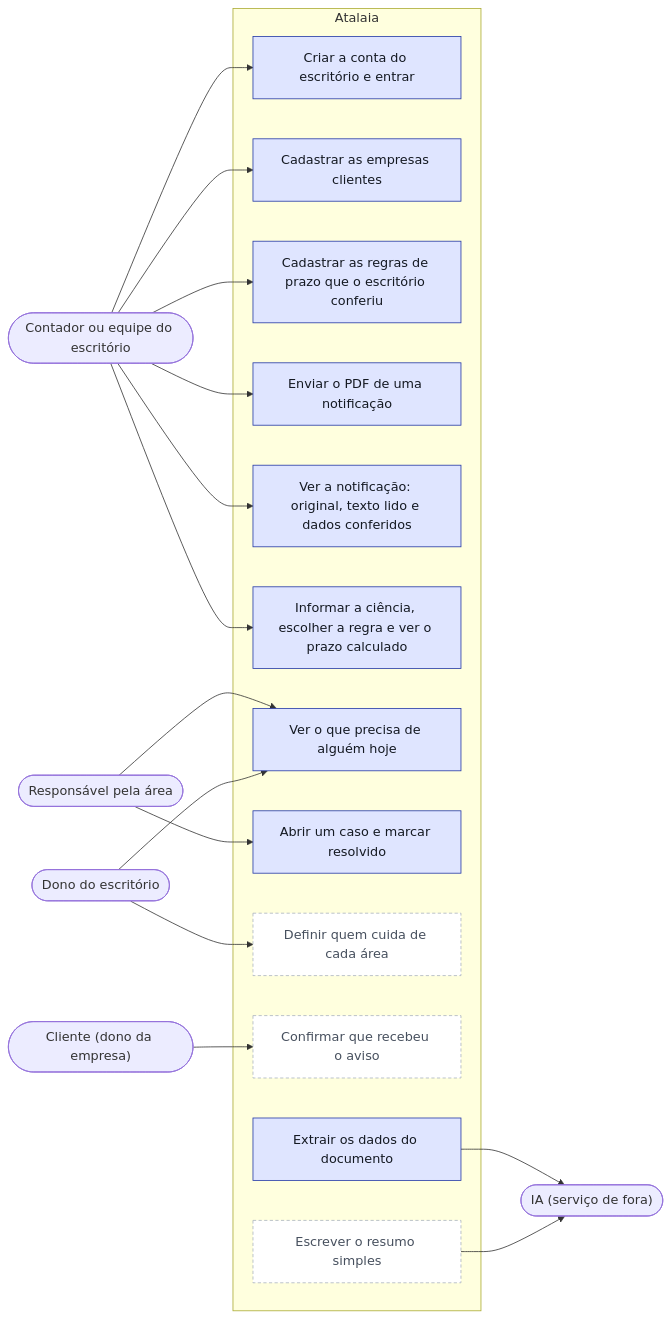
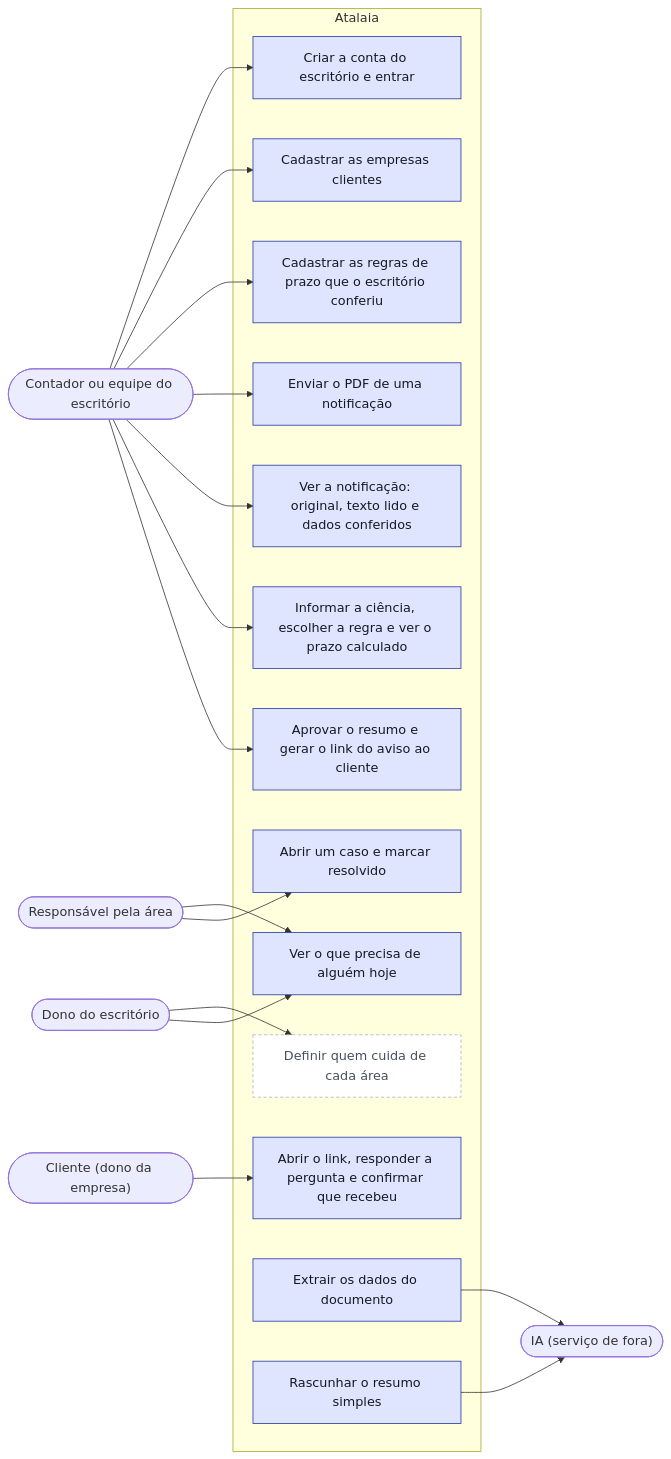
Before and after one commit to namtech-agents/atalaia: the first of 9 diagrams in docs/04-arquitetura/arquitetura.md, drawn with Mermaid. The commit also changed other lines of this file and 1 other file, not shown here.

Commit message:
docs: arquitetura e README com o aviso ao cliente, o resumo sugerido e as migrações V9 e V10

````diff
--- a/docs/04-arquitetura/arquitetura.md
+++ b/docs/04-arquitetura/arquitetura.md
@@ -15,42 +15,44 @@
 ```mermaid
 flowchart LR
     contador(["Contador ou equipe do escritório"])
     responsavel(["Responsável pela área"])
     dono(["Dono do escritório"])
     cliente(["Cliente (dono da empresa)"])
     ia(["IA (serviço de fora)"])
 
     subgraph Atalaia
         conta["Criar a conta do escritório e entrar"]
         empresas["Cadastrar as empresas clientes"]
         regras["Cadastrar as regras de prazo que o escritório conferiu"]
         enviar["Enviar o PDF de uma notificação"]
         ver["Ver a notificação: original, texto lido e dados conferidos"]
         conferir["Informar a ciência, escolher a regra e ver o prazo calculado"]
         fila["Ver o que precisa de alguém hoje"]
         resolver["Abrir um caso e marcar resolvido"]
         areas["Definir quem cuida de cada área"]
-        ciencia["Confirmar que recebeu o aviso"]
+        avisar["Aprovar o resumo e gerar o link do aviso ao cliente"]
+        ciencia["Abrir o link, responder a pergunta e confirmar que recebeu"]
         extrair["Extrair os dados do documento"]
-        resumo["Escrever o resumo simples"]
+        resumo["Rascunhar o resumo simples"]
     end
 
     contador --> conta
     contador --> empresas
     contador --> regras
     contador --> enviar
     contador --> ver
     contador --> conferir
+    contador --> avisar
     responsavel --> fila
     responsavel --> resolver
     dono --> areas
     dono --> fila
     cliente --> ciencia
     extrair --> ia
     resumo --> ia
 
     classDef pronto fill:#dfe5ff,stroke:#2438a6,color:#141922
     classDef planejado fill:#ffffff,stroke:#aab3bf,stroke-dasharray:4 3,color:#47505e
-    class conta,empresas,regras,enviar,ver,conferir,fila,resolver,extrair pronto
-    class areas,ciencia,resumo planejado
+    class conta,empresas,regras,enviar,ver,conferir,avisar,ciencia,fila,resolver,extrair,resumo pronto
+    class areas planejado
 ```
````
